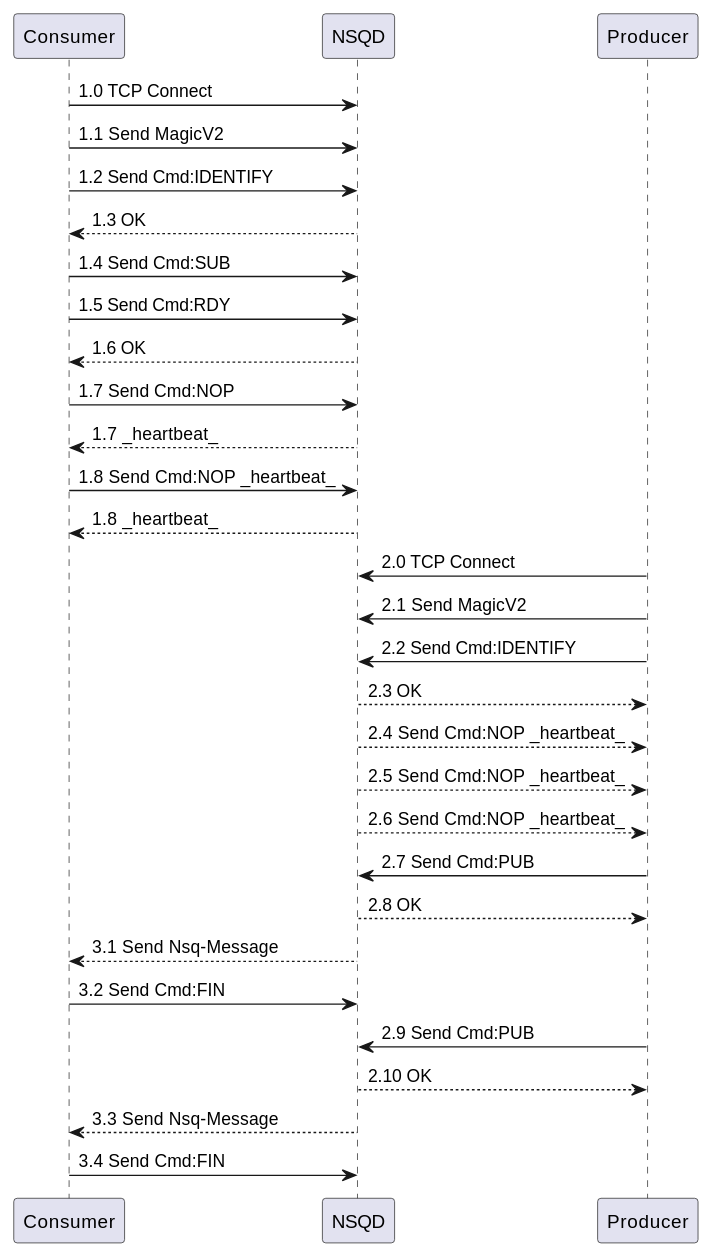
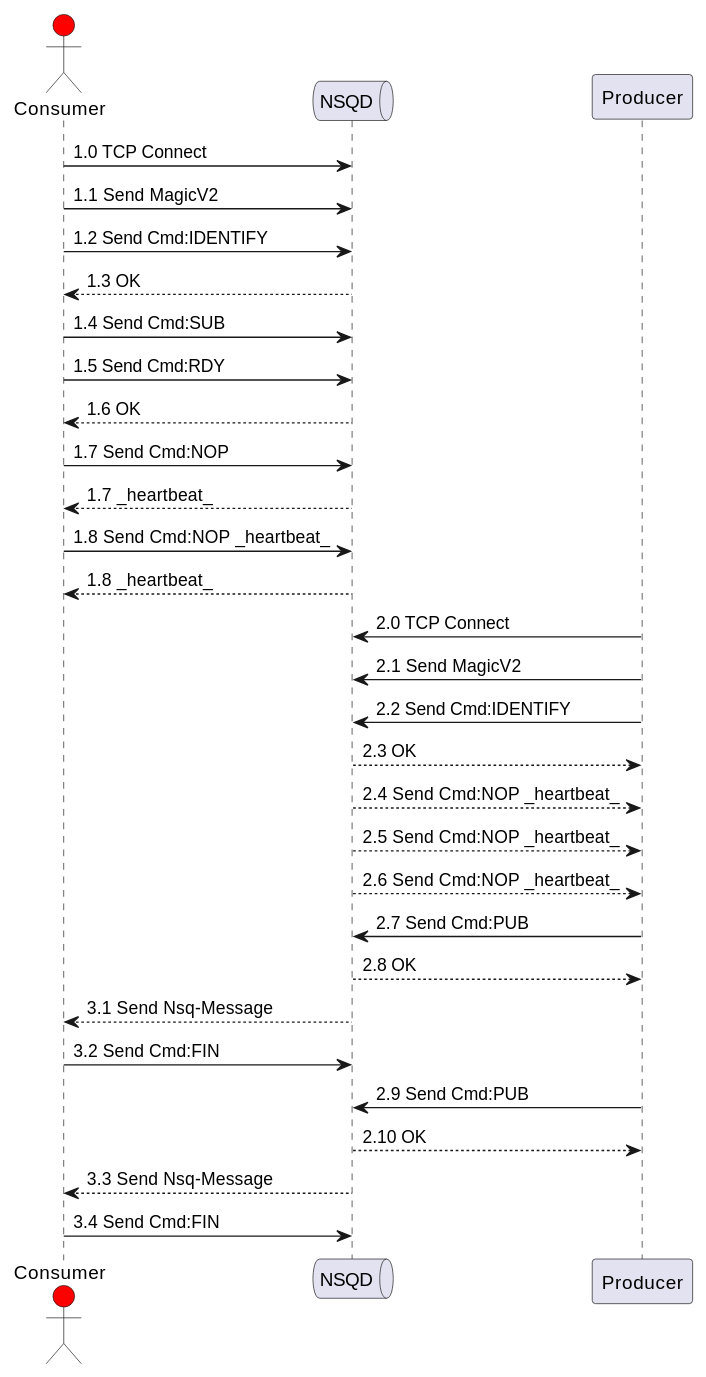
The first of 2 diagrams in node/037/Nsq学习笔记.md (GeneralSandman/zhenhuli-blog), drawn with PlantUML before and after one commit. The commit also changed other lines of this file and 10 other files, not shown here.

````diff
--- a/node/037/Nsq学习笔记.md
+++ b/node/037/Nsq学习笔记.md
@@ -94,38 +94,45 @@
 ```plantuml
 @startuml
+
+skinparam responseMessageBelowArrow true
+
+actor Consumer #red
+
+queue       NSQD       as NSQD
+
 Consumer -> NSQD:   1.0 TCP Connect
 Consumer -> NSQD:   1.1 Send MagicV2
 Consumer -> NSQD:   1.2 Send Cmd:IDENTIFY
 NSQD --> Consumer:  1.3 OK
 Consumer -> NSQD:   1.4 Send Cmd:SUB
 Consumer -> NSQD:   1.5 Send Cmd:RDY
 NSQD --> Consumer:  1.6 OK
 Consumer -> NSQD:  1.7 Send Cmd:NOP 
 NSQD --> Consumer:	1.7 _heartbeat_
 Consumer -> NSQD:  1.8 Send Cmd:NOP _heartbeat_
 NSQD --> Consumer:	1.8 _heartbeat_
 
 
 Producer -> NSQD: 	2.0 TCP Connect
 Producer -> NSQD:	2.1 Send MagicV2
 Producer -> NSQD:	2.2 Send Cmd:IDENTIFY
 NSQD --> Producer:  2.3 OK
 NSQD --> Producer:  2.4 Send Cmd:NOP _heartbeat_
 NSQD --> Producer:  2.5 Send Cmd:NOP _heartbeat_
 NSQD --> Producer:  2.6 Send Cmd:NOP _heartbeat_
 Producer -> NSQD:	2.7 Send Cmd:PUB
 NSQD --> Producer:  2.8 OK
 
 
 NSQD --> Consumer:  3.1 Send Nsq-Message
 Consumer -> NSQD:   3.2 Send Cmd:FIN
 
 Producer -> NSQD:	2.9 Send Cmd:PUB
 NSQD --> Producer:  2.10 OK
 
 NSQD --> Consumer:  3.3 Send Nsq-Message
 Consumer -> NSQD:   3.4 Send Cmd:FIN
 
 
 @enduml
 ```
````
